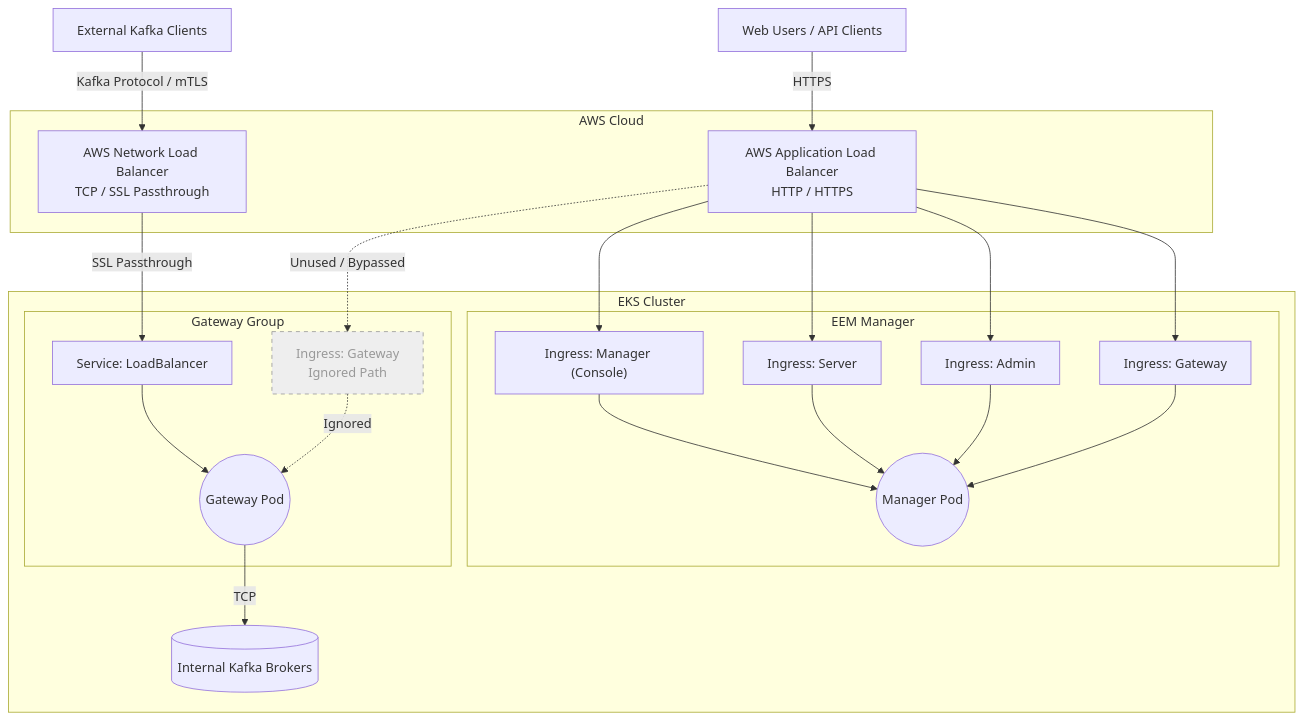
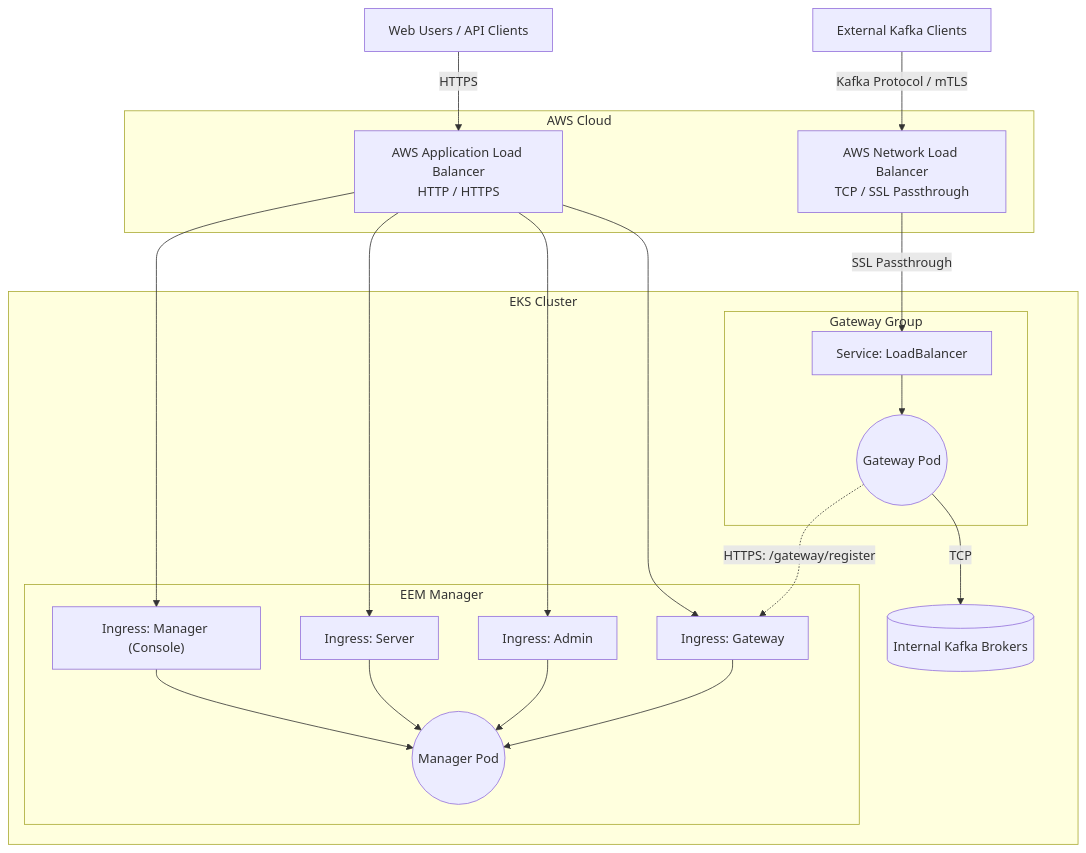
The diagram in src/solution_overview/environment.qmd (ibm-fsm/solution-eks-eem), drawn with Mermaid before and after one commit. The commit also changed 1 other file, not shown here.

Commit message:
chore: update gitignore and simplify gateway architecture diagram

````diff
--- a/src/solution_overview/environment.qmd
+++ b/src/solution_overview/environment.qmd
@@ -11,61 +11,55 @@
 ```{mermaid}
 graph TD
     %% External Entities
     WebClient[Web Users / API Clients]
     KafkaClient[External Kafka Clients]
 
     subgraph AWS[AWS Cloud]
         ALB[AWS Application Load Balancer<br>HTTP / HTTPS]
         NLB[AWS Network Load Balancer<br>TCP / SSL Passthrough]
     end
 
     subgraph EKS[EKS Cluster]
         
         subgraph ManagerGroup[EEM Manager]
             IngressUI["Ingress: Manager (Console)"]
             IngressAPI[Ingress: Server]
             IngressAdmin[Ingress: Admin]
             IngressAuth[Ingress: Gateway]
             MgrPods((Manager Pod))
             
             IngressUI --> MgrPods
             IngressAPI --> MgrPods
             IngressAdmin --> MgrPods
             IngressAuth --> MgrPods
         end
 
         subgraph GatewayGrp[Gateway Group]
             GwService[Service: LoadBalancer]
-            GwIngress[Ingress: Gateway<br>Ignored Path]
             GwPods((Gateway Pod))
             
             GwService --> GwPods
-            GwIngress -.->|Ignored| GwPods
         end
         
         Kafka[(Internal Kafka Brokers)]
     end
 
     %% Client Routing to Load Balancers
     WebClient -->|HTTPS| ALB
     KafkaClient -->|Kafka Protocol / mTLS| NLB
 
     %% Load Balancer Routing to Kubernetes Resources
     ALB --> IngressUI
     ALB --> IngressAPI
     ALB --> IngressAdmin
     ALB --> IngressAuth
     
-    %% The generated but unused path
-    ALB -.->|Unused / Bypassed| GwIngress
-
     %% NLB Routing
     NLB -->|SSL Passthrough| GwService
 
     %% Internal Gateway to Kafka Routing
     GwPods -->|TCP| Kafka
-    
-    %% Styling for ignored components
-    classDef ignored stroke-dasharray: 5 5, fill:#eee, color:#999, stroke:#999;
-    class GwIngress ignored;
+
+    %% Control Plane / Gateway Registration Routing
+    GwPods -.->|HTTPS: /gateway/register| IngressAuth
 ```
````
